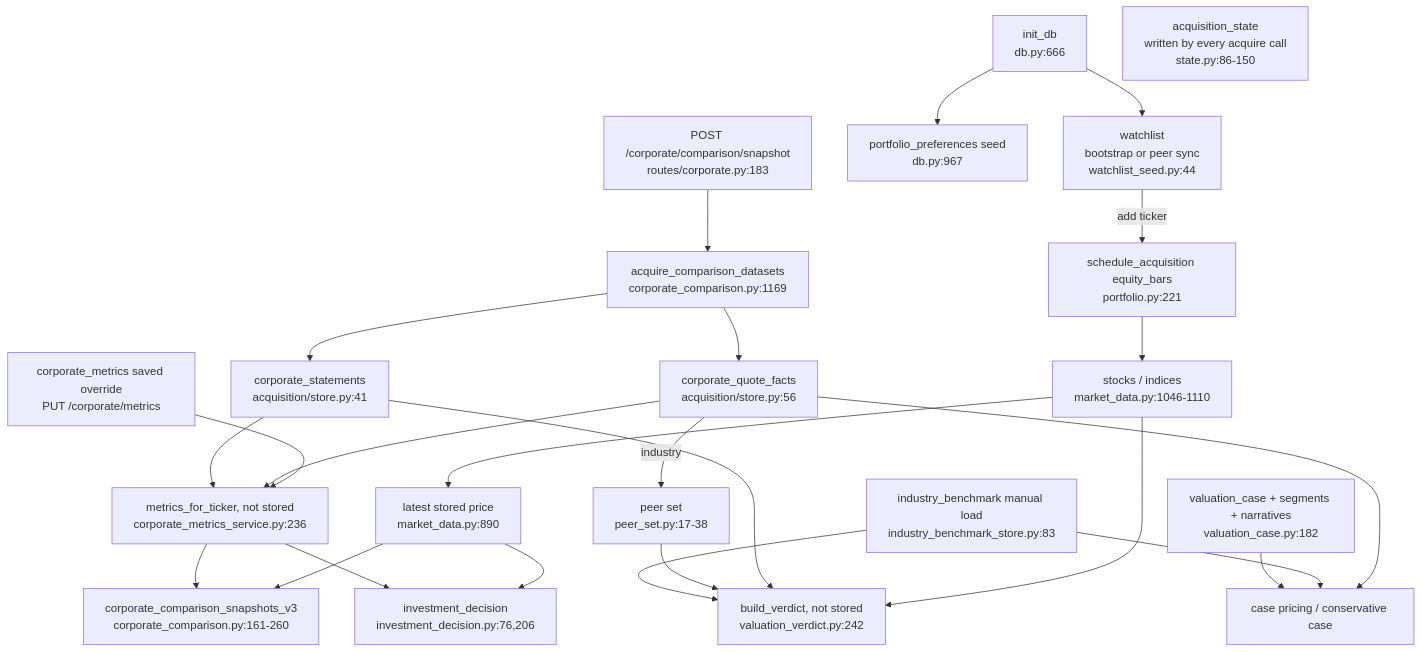
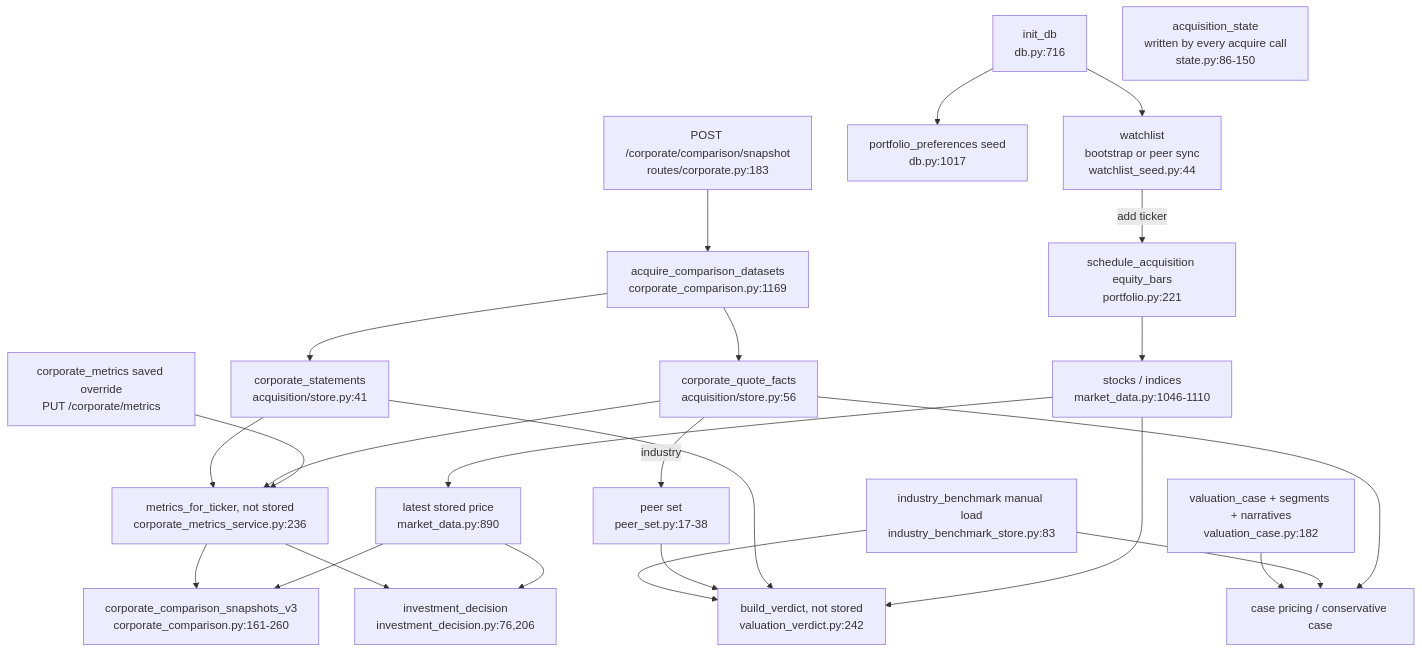
Before and after one commit to probationer070/MoneyView: the second of 2 diagrams in docs/architecture/database-relationships.md, drawn with Mermaid. The commit also changed other lines of this file and 1 other file, not shown here.

````diff
--- a/docs/architecture/database-relationships.md
+++ b/docs/architecture/database-relationships.md
@@ -191,27 +220,27 @@
 ```mermaid
 flowchart TD
-    A[init_db<br/>db.py:666] --> B[watchlist<br/>bootstrap or peer sync<br/>watchlist_seed.py:44]
-    A --> PP[portfolio_preferences seed<br/>db.py:967]
+    A[init_db<br/>db.py:716] --> B[watchlist<br/>bootstrap or peer sync<br/>watchlist_seed.py:44]
+    A --> PP[portfolio_preferences seed<br/>db.py:1017]
     B -->|add ticker| C[schedule_acquisition equity_bars<br/>portfolio.py:221]
     C --> D[stocks / indices<br/>market_data.py:1046-1110]
     E[POST /corporate/comparison/snapshot<br/>routes/corporate.py:183] --> F[acquire_comparison_datasets<br/>corporate_comparison.py:1169]
     F --> G[corporate_statements<br/>acquisition/store.py:41]
     F --> H[corporate_quote_facts<br/>acquisition/store.py:56]
     G --> M[metrics_for_ticker, not stored<br/>corporate_metrics_service.py:236]
     H --> M
     CM[corporate_metrics saved override<br/>PUT /corporate/metrics] --> M
     D --> P[latest stored price<br/>market_data.py:890]
     M --> S[corporate_comparison_snapshots_v3<br/>corporate_comparison.py:161-260]
     P --> S
     H -->|industry| PS[peer set<br/>peer_set.py:17-38]
     IB[industry_benchmark manual load<br/>industry_benchmark_store.py:83] --> V[build_verdict, not stored<br/>valuation_verdict.py:242]
     PS --> V
     G --> V
     D --> V
     VC[valuation_case + segments + narratives<br/>valuation_case.py:182] --> CP[case pricing / conservative case]
     IB --> CP
     H --> CP
     M --> ID[investment_decision<br/>investment_decision.py:76,206]
     P --> ID
     AS[acquisition_state<br/>written by every acquire call<br/>state.py:86-150]
 ```
````
